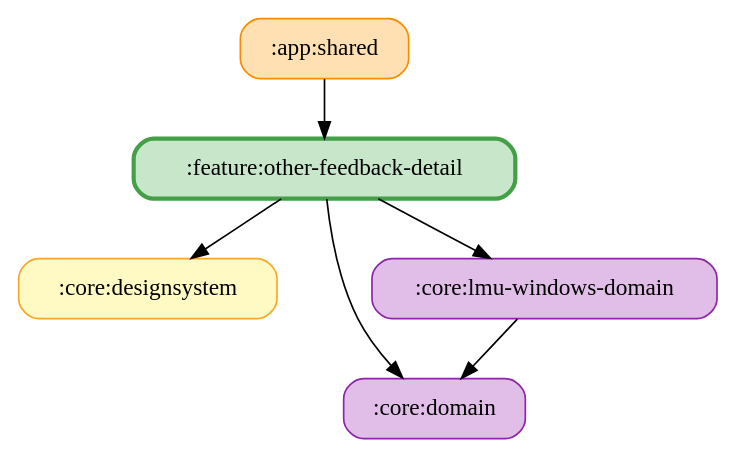
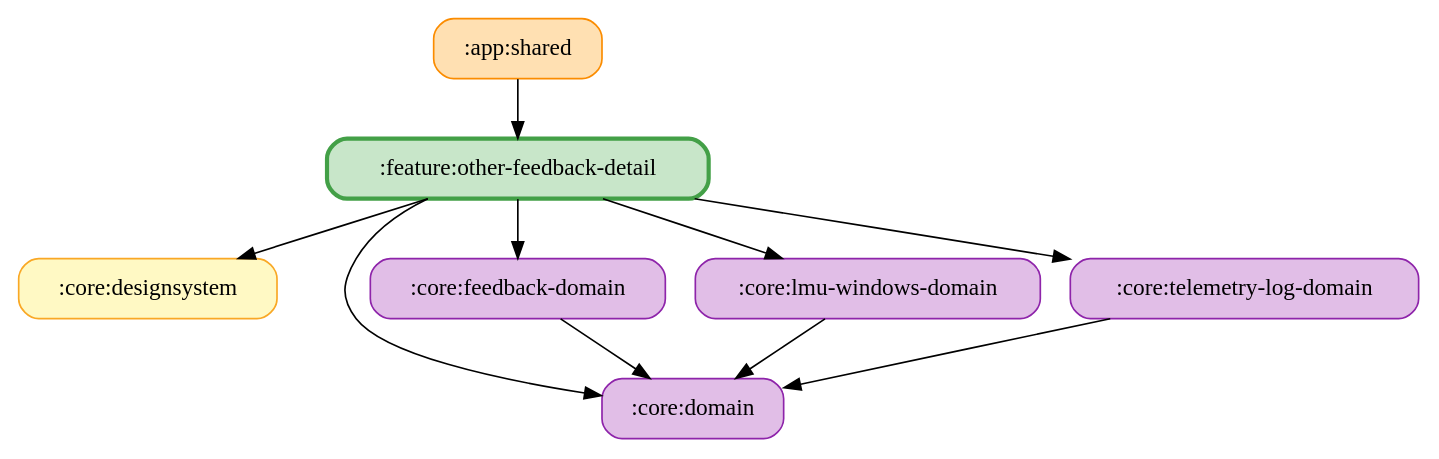
The diagram in docs/graphs/feature-other-feedback-detail.gv (ai-kurou/KoDriver), drawn with Graphviz before and after one commit. The commit also changed 1047 other files, not shown here.

```diff
--- a/docs/graphs/feature-other-feedback-detail.gv
+++ b/docs/graphs/feature-other-feedback-detail.gv
@@ -1,14 +1,20 @@
 digraph G {
   rankdir=TB
   node [shape=box, style="rounded,filled"]
   ":app:shared" [fillcolor="#FFE0B2", color="#FB8C00", penwidth=1]
   ":core:designsystem" [fillcolor="#FFF9C4", color="#F9A825", penwidth=1]
   ":core:domain" [fillcolor="#E1BEE7", color="#8E24AA", penwidth=1]
+  ":core:feedback-domain" [fillcolor="#E1BEE7", color="#8E24AA", penwidth=1]
   ":core:lmu-windows-domain" [fillcolor="#E1BEE7", color="#8E24AA", penwidth=1]
+  ":core:telemetry-log-domain" [fillcolor="#E1BEE7", color="#8E24AA", penwidth=1]
   ":feature:other-feedback-detail" [fillcolor="#C8E6C9", color="#43A047", penwidth=2.5]
   ":app:shared" -> ":feature:other-feedback-detail"
+  ":core:feedback-domain" -> ":core:domain"
   ":core:lmu-windows-domain" -> ":core:domain"
+  ":core:telemetry-log-domain" -> ":core:domain"
   ":feature:other-feedback-detail" -> ":core:domain"
   ":feature:other-feedback-detail" -> ":core:designsystem"
+  ":feature:other-feedback-detail" -> ":core:feedback-domain"
+  ":feature:other-feedback-detail" -> ":core:telemetry-log-domain"
   ":feature:other-feedback-detail" -> ":core:lmu-windows-domain"
 }
```
